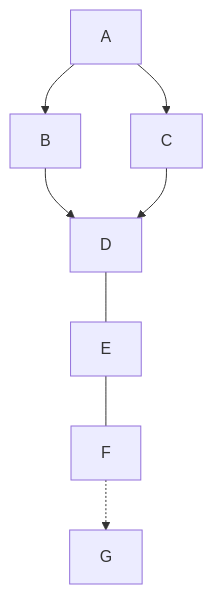
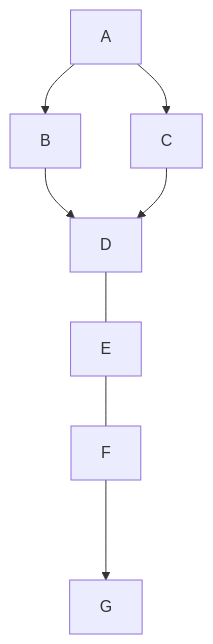
The first of 2 diagrams in README.md (misterkrull/GitWhippingBoy), drawn with Mermaid before and after one commit.

Commit message:
Update README.md 123456789

````diff
--- a/README.md
+++ b/README.md
@@ -1,10 +1,10 @@
 ```mermaid
   graph TB;
       A-->B;
       A-->C;
       B-->D;
       C-->D;
       D---E;
       E---F;
-      F-.->G;
+      F--->G;
 ```
````
